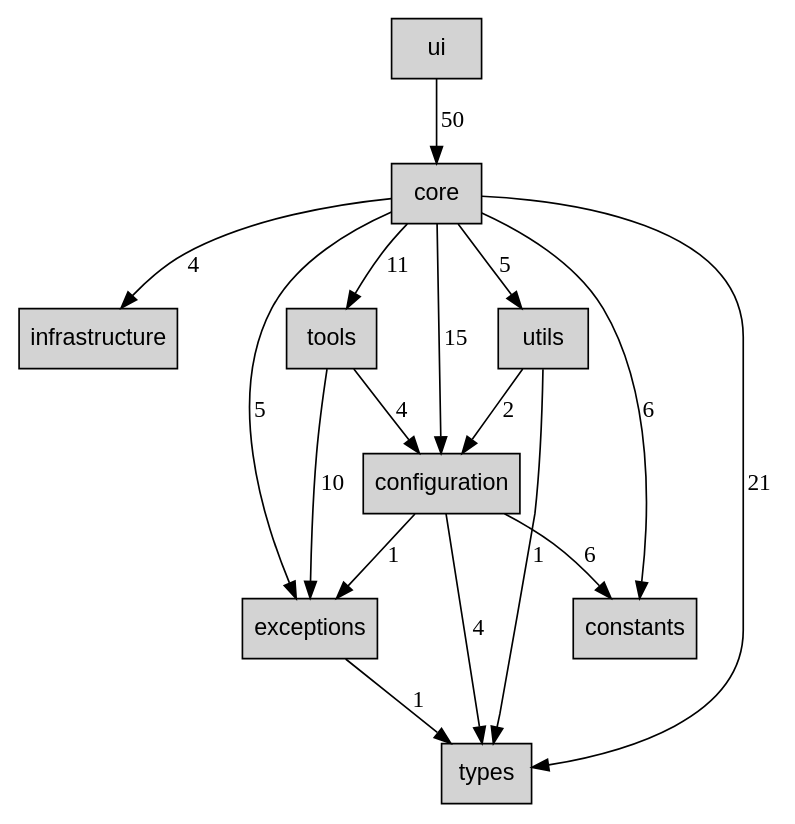
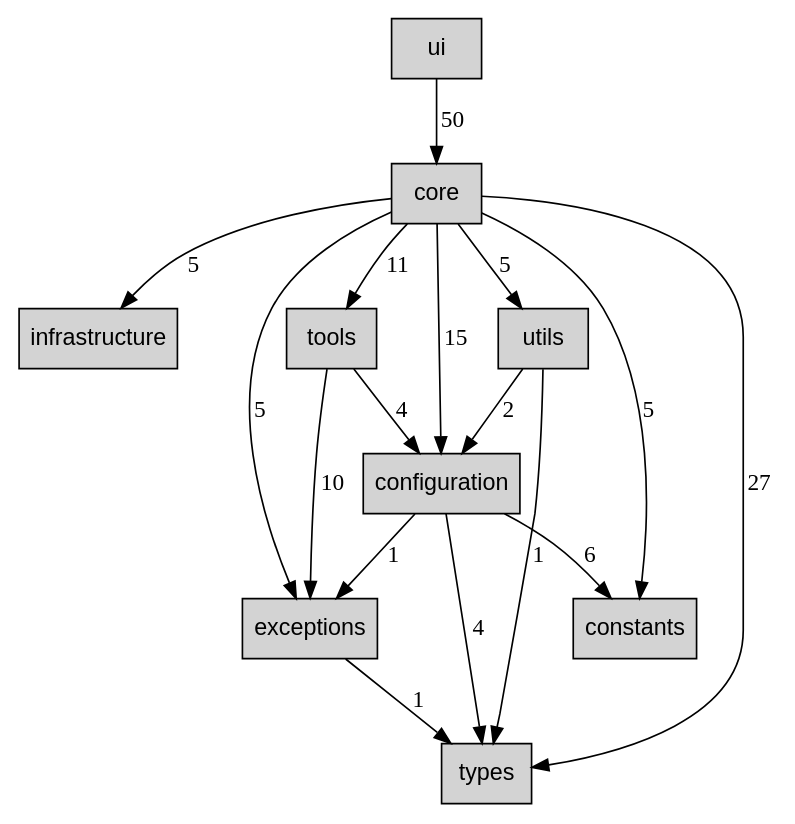
One commit to ryumacodes/tunacode changed the diagram in docs/architecture/dependencies/DEPENDENCY_LAYERS.dot. Above: the diagram before and after it, drawn with Graphviz. The commit also changed 2 other files, not shown here.

```diff
--- a/docs/architecture/dependencies/DEPENDENCY_LAYERS.dot
+++ b/docs/architecture/dependencies/DEPENDENCY_LAYERS.dot
@@ -1,31 +1,31 @@
 digraph tunacode_layers {
   rankdir=TB;
   node [shape=box, style=filled, fontname=Arial];
 
   ui [label="ui"];
   core [label="core"];
   infrastructure [label="infrastructure"];
   tools [label="tools"];
   utils [label="utils"];
   configuration [label="configuration"];
   constants [label="constants"];
   exceptions [label="exceptions"];
   types [label="types"];
 
   configuration -> constants [label="6"];
   configuration -> exceptions [label="1"];
   configuration -> types [label="4"];
   core -> configuration [label="15"];
-  core -> constants [label="6"];
+  core -> constants [label="5"];
   core -> exceptions [label="5"];
-  core -> infrastructure [label="4"];
+  core -> infrastructure [label="5"];
   core -> tools [label="11"];
-  core -> types [label="21"];
+  core -> types [label="27"];
   core -> utils [label="5"];
   exceptions -> types [label="1"];
   tools -> configuration [label="4"];
   tools -> exceptions [label="10"];
   ui -> core [label="50"];
   utils -> configuration [label="2"];
   utils -> types [label="1"];
 }
```
